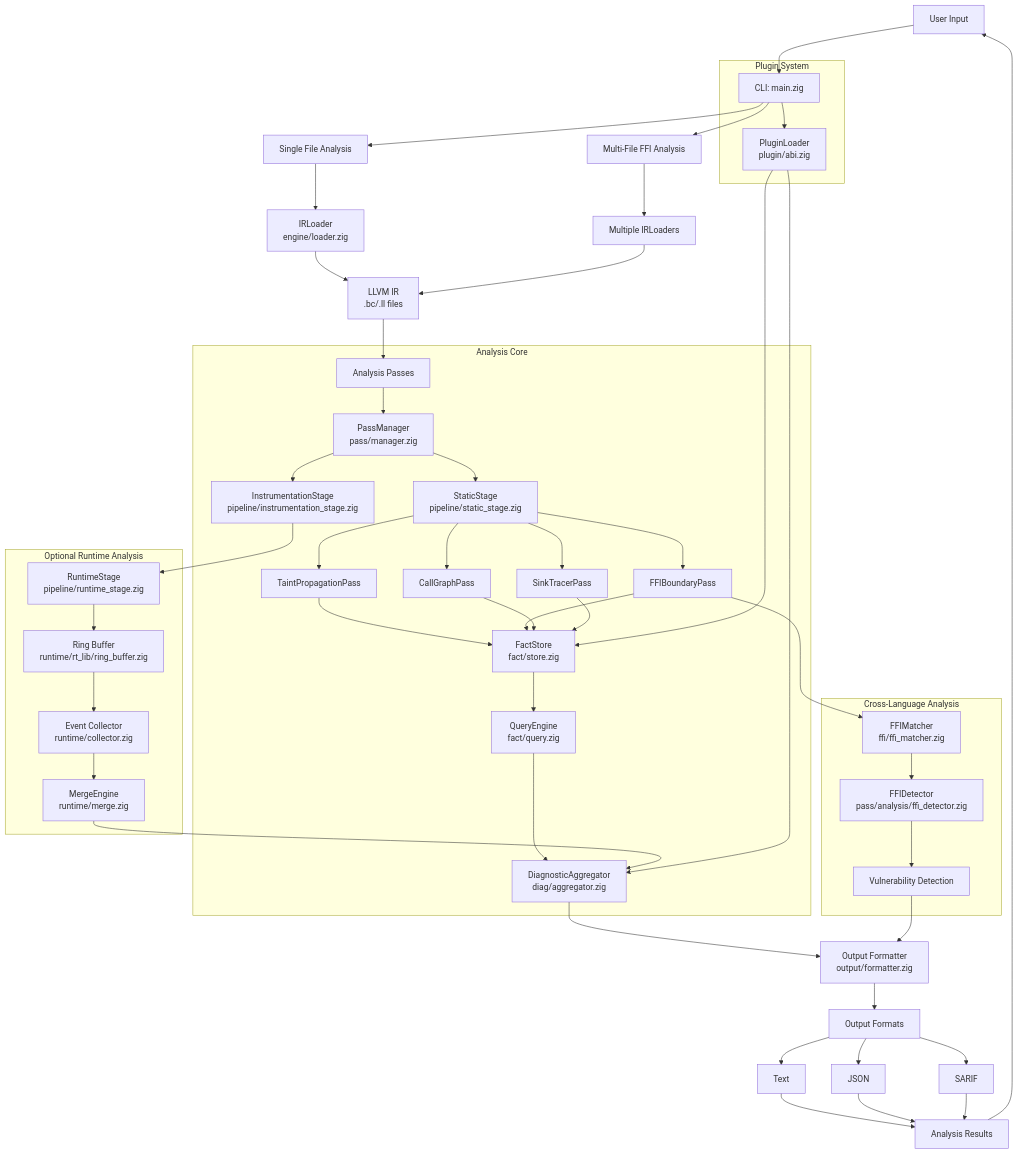
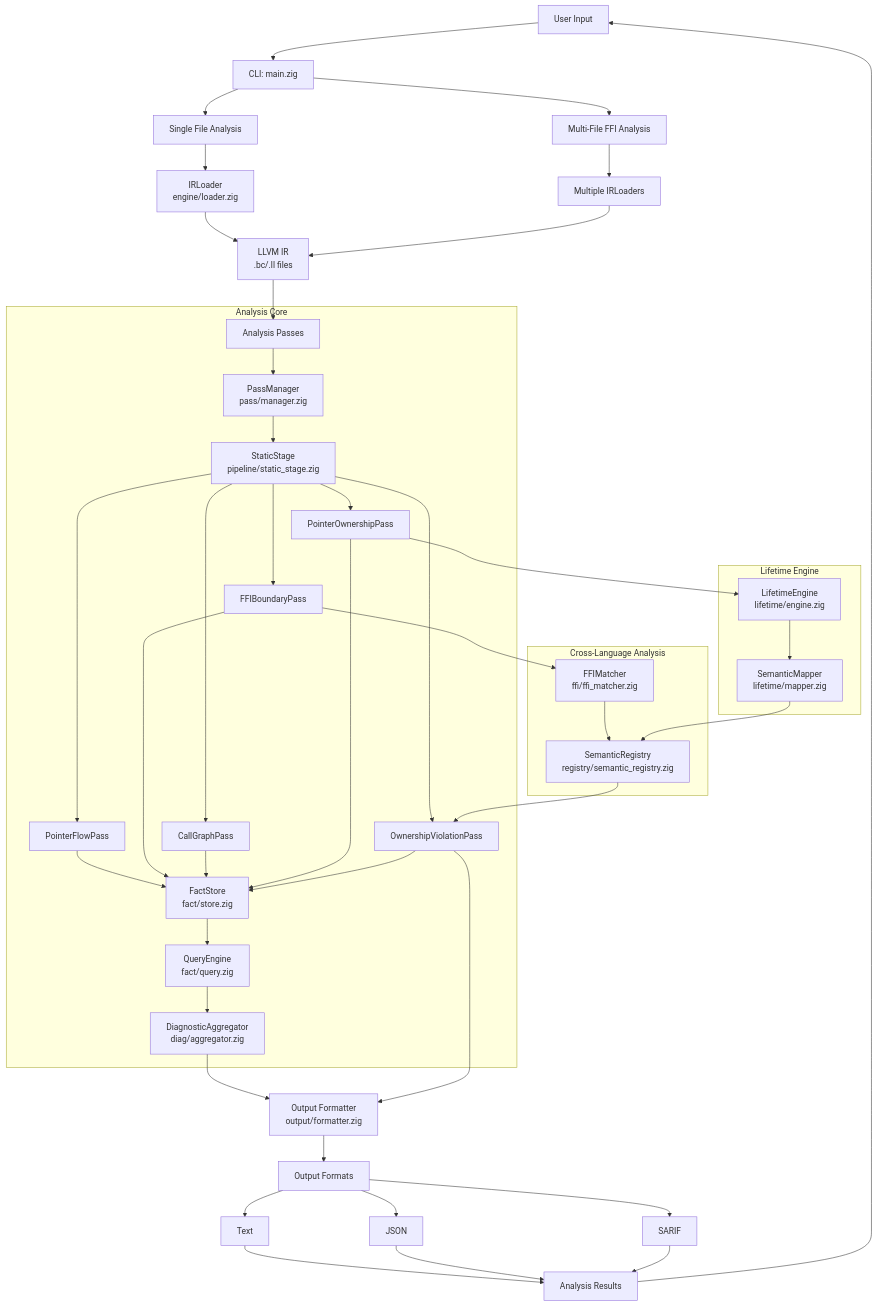
Before and after one commit to Timwood0x10/OmniScope: the first of 3 diagrams in docs/architecture.md, drawn with Mermaid. The commit also changed other lines of this file and 12 other files, not shown here.

Commit message:
add stress tests and improve analysis pipeline

````diff
--- a/docs/architecture.md
+++ b/docs/architecture.md
@@ -5,68 +5,61 @@
 ```mermaid
 graph TB
     User[User Input] --> CLI[CLI: main.zig]
     
     CLI --> Single[Single File Analysis]
     CLI --> Multi[Multi-File FFI Analysis]
     
     Single --> Loader[IRLoader<br/>engine/loader.zig]
     Multi --> Loaders[Multiple IRLoaders]
     
     Loader --> IR[LLVM IR<br/>.bc/.ll files]
     Loaders --> IR
     
     IR --> Passes[Analysis Passes]
     
     subgraph "Analysis Core"
         Passes --> PassManager[PassManager<br/>pass/manager.zig]
         PassManager --> Static[StaticStage<br/>pipeline/static_stage.zig]
-        PassManager --> Instr[InstrumentationStage<br/>pipeline/instrumentation_stage.zig]
         
         Static --> CallGraph[CallGraphPass]
-        Static --> Taint[TaintPropagationPass]
-        Static --> FFI[FFIBoundaryPass]
-        Static --> Sink[SinkTracerPass]
+        Static --> PointerFlow[PointerFlowPass]
+        Static --> FFIBoundary[FFIBoundaryPass]
+        Static --> PointerOwnership[PointerOwnershipPass]
+        Static --> OwnershipViolation[OwnershipViolationPass]
         
-        Taint --> FactStore[FactStore<br/>fact/store.zig]
-        FFI --> FactStore
+        PointerFlow --> FactStore[FactStore<br/>fact/store.zig]
+        FFIBoundary --> FactStore
         CallGraph --> FactStore
-        Sink --> FactStore
+        PointerOwnership --> FactStore
+        OwnershipViolation --> FactStore
         
         FactStore --> QueryEngine[QueryEngine<br/>fact/query.zig]
         
         QueryEngine --> Diag[DiagnosticAggregator<br/>diag/aggregator.zig]
     end
     
     subgraph "Cross-Language Analysis"
-        FFI --> FFIMatcher[FFIMatcher<br/>ffi/ffi_matcher.zig]
-        FFIMatcher --> FFIDetector[FFIDetector<br/>pass/analysis/ffi_detector.zig]
-        FFIDetector --> Vulns[Vulnerability Detection]
+        FFIBoundary --> FFIMatcher[FFIMatcher<br/>ffi/ffi_matcher.zig]
+        FFIMatcher --> SemanticRegistry[SemanticRegistry<br/>registry/semantic_registry.zig]
+        SemanticRegistry --> OwnershipViolation
     end
     
     Diag --> Output[Output Formatter<br/>output/formatter.zig]
-    Vulns --> Output
+    OwnershipViolation --> Output
     
     Output --> Formats[Output Formats]
     Formats --> Text[Text]
     Formats --> JSON[JSON]
     Formats --> SARIF[SARIF]
     
-    subgraph "Optional Runtime Analysis"
-        Instr --> RuntimeStage[RuntimeStage<br/>pipeline/runtime_stage.zig]
-        RuntimeStage --> RingBuffer[Ring Buffer<br/>runtime/rt_lib/ring_buffer.zig]
-        RingBuffer --> Collector[Event Collector<br/>runtime/collector.zig]
-        Collector --> MergeEngine[MergeEngine<br/>runtime/merge.zig]
-        MergeEngine --> Diag
-    end
-    
-    subgraph "Plugin System"
-        CLI --> Plugins[PluginLoader<br/>plugin/abi.zig]
-        Plugins --> FactStore
-        Plugins --> Diag
+    subgraph "Lifetime Engine"
+        PointerOwnership --> LifetimeEngine[LifetimeEngine<br/>lifetime/engine.zig]
+        LifetimeEngine --> SemanticMapper[SemanticMapper<br/>lifetime/mapper.zig]
+        SemanticMapper --> SemanticRegistry
     end
     
     Text --> Results[Analysis Results]
     JSON --> Results
     SARIF --> Results
     Results --> User
 ```
````
